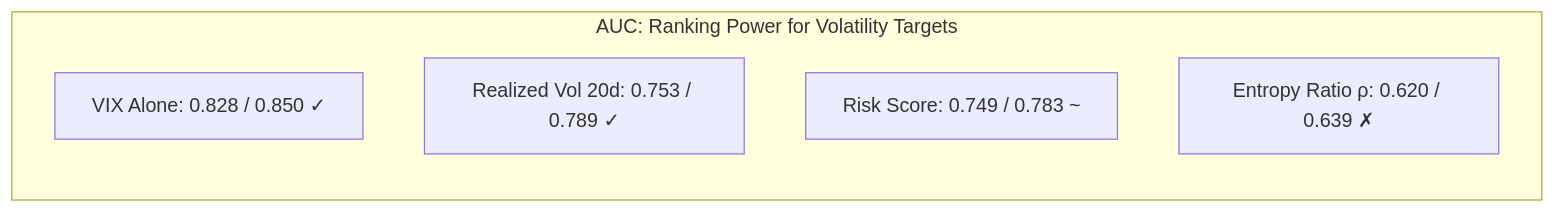
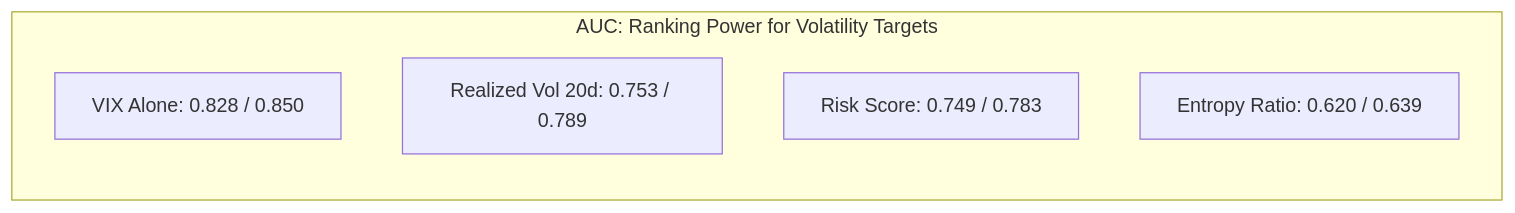
Before and after one commit to VarunGore36/regime-classifier: the seventh of 20 diagrams in VISUALIZATION.md, drawn with Mermaid. The commit also changed other lines of this file, not shown here.

````diff
--- a/VISUALIZATION.md
+++ b/VISUALIZATION.md
@@ -113,10 +113,10 @@
 ```mermaid
 flowchart LR
     subgraph "AUC: Ranking Power for Volatility Targets"
         direction TB
-        S1[VIX Alone: 0.828 / 0.850 ✓]
-        S2[Realized Vol 20d: 0.753 / 0.789 ✓]
-        S3[Risk Score: 0.749 / 0.783 ~]
-        S4[Entropy Ratio ρ: 0.620 / 0.639 ✗]
+        S1[VIX Alone: 0.828 / 0.850]
+        S2[Realized Vol 20d: 0.753 / 0.789]
+        S3[Risk Score: 0.749 / 0.783]
+        S4[Entropy Ratio: 0.620 / 0.639]
     end
 ```
````
